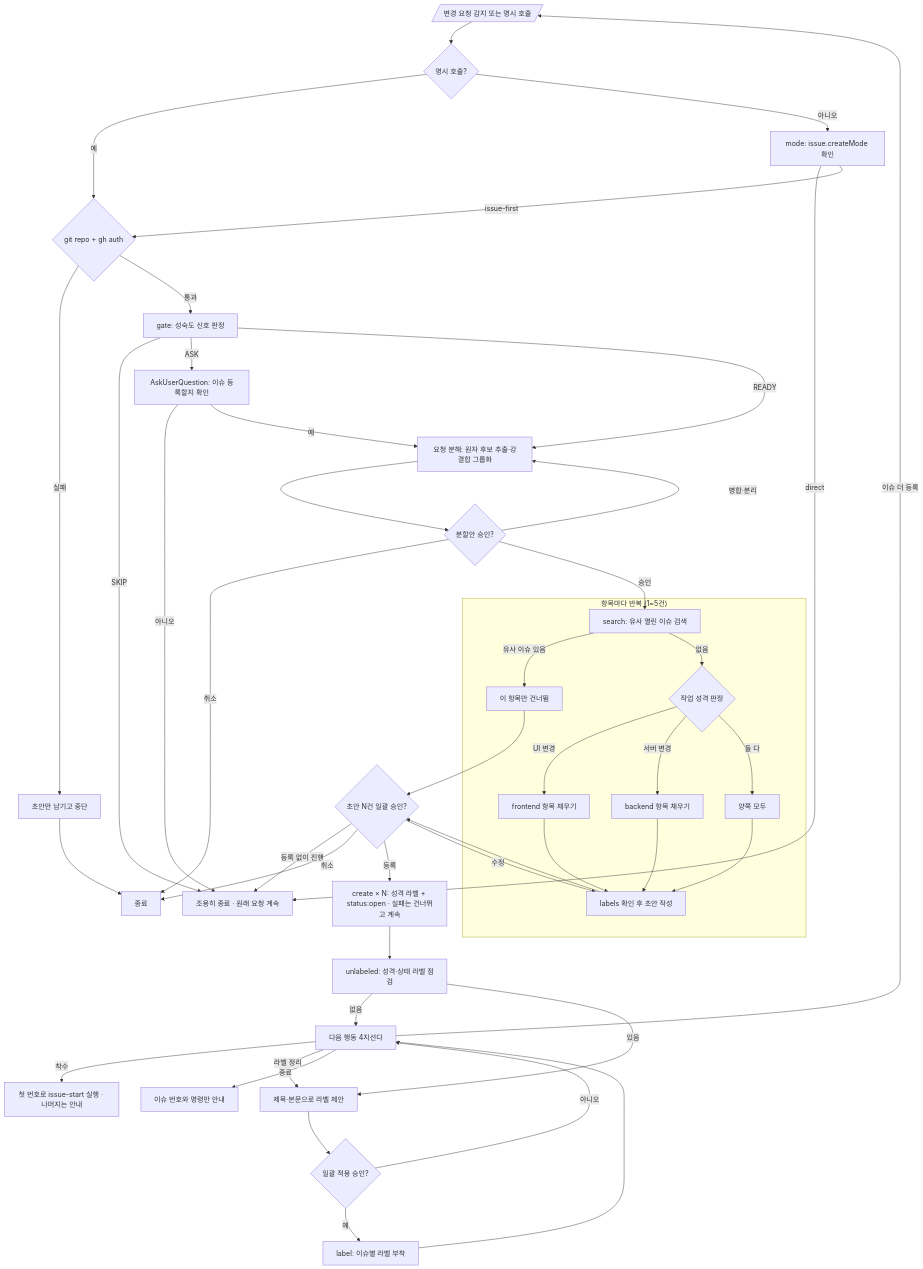
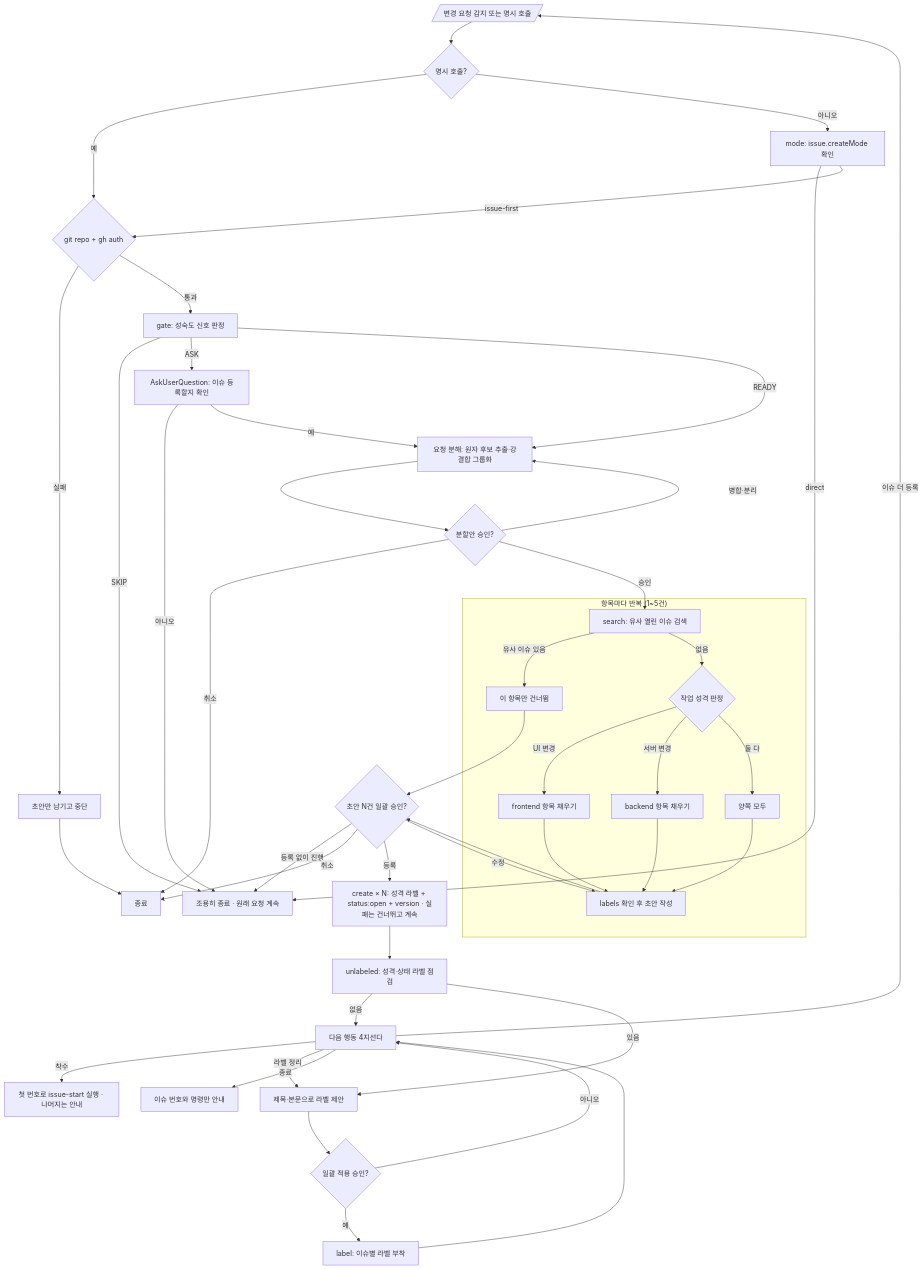
One commit to Mineru98/samsara changed the diagram in skills/issue-create/SKILL.md. Above: the diagram before and after it, drawn with Mermaid. The commit also changed other lines of this file and 5 other files, not shown here.

First line of the commit message:
feat(issue-create): #169 이슈 등록 시 대상 버전 라벨(version:X.Y.Z) 자동 부착 (#170)

````diff
--- a/skills/issue-create/SKILL.md
+++ b/skills/issue-create/SKILL.md
@@ -82,52 +84,52 @@
 ```mermaid
 flowchart TD
     A[/"변경 요청 감지 또는 명시 호출"/] --> A1{명시 호출?}
     A1 -- 예 --> B
     A1 -- 아니오 --> A2[mode: issue.createMode 확인]
     A2 -->|direct| Z1[조용히 종료 · 원래 요청 계속]
     A2 -->|issue-first| B{git repo + gh auth}
     B -- 실패 --> B1[초안만 남기고 중단] --> Z0[종료]
     B -- 통과 --> C[gate: 성숙도 신호 판정]
 
     C -->|SKIP| Z1[조용히 종료 · 원래 요청 계속]
     C -->|ASK| C1[AskUserQuestion: 이슈 등록할지 확인]
     C1 -- 아니오 --> Z1
     C1 -- 예 --> S
     C -->|READY| S[요청 분해: 원자 후보 추출·강결합 그룹화]
 
     S --> S1{분할안 승인?}
     S1 -- 병합·분리 --> S
     S1 -- 취소 --> Z0
     S1 -- 승인 --> D
 
     subgraph PER["항목마다 반복 (1~5건)"]
       D[search: 유사 열린 이슈 검색] -- 유사 이슈 있음 --> D1[이 항목만 건너뜀]
       D -- 없음 --> E{작업 성격 판정}
       E -->|UI 변경| F1[frontend 항목 채우기]
       E -->|서버 변경| F2[backend 항목 채우기]
       E -->|둘 다| F3[양쪽 모두]
       F1 --> G[labels 확인 후 초안 작성]
       F2 --> G
       F3 --> G
     end
 
     D1 --> H
     G --> H{초안 N건 일괄 승인?}
     H -- 수정 --> G
     H -- 등록 없이 진행 --> Z1
     H -- 취소 --> Z0
-    H -- 등록 --> I[create × N: 성격 라벨 + status:open · 실패는 건너뛰고 계속]
+    H -- 등록 --> I[create × N: 성격 라벨 + status:open + version · 실패는 건너뛰고 계속]
 
     I --> M[unlabeled: 성격·상태 라벨 점검]
     M -- 없음 --> J
     M -- 있음 --> M1[제목·본문으로 라벨 제안]
     M1 --> M2{일괄 적용 승인?}
     M2 -- 아니오 --> J
     M2 -- 예 --> M3[label: 이슈별 라벨 부착] --> J
 
     J[다음 행동 4지선다]
     J -->|착수| K[첫 번호로 issue-start 실행 · 나머지는 안내]
     J -->|이슈 더 등록| A
     J -->|라벨 정리| M1
     J -->|종료| L[이슈 번호와 명령만 안내]
 ```
````
